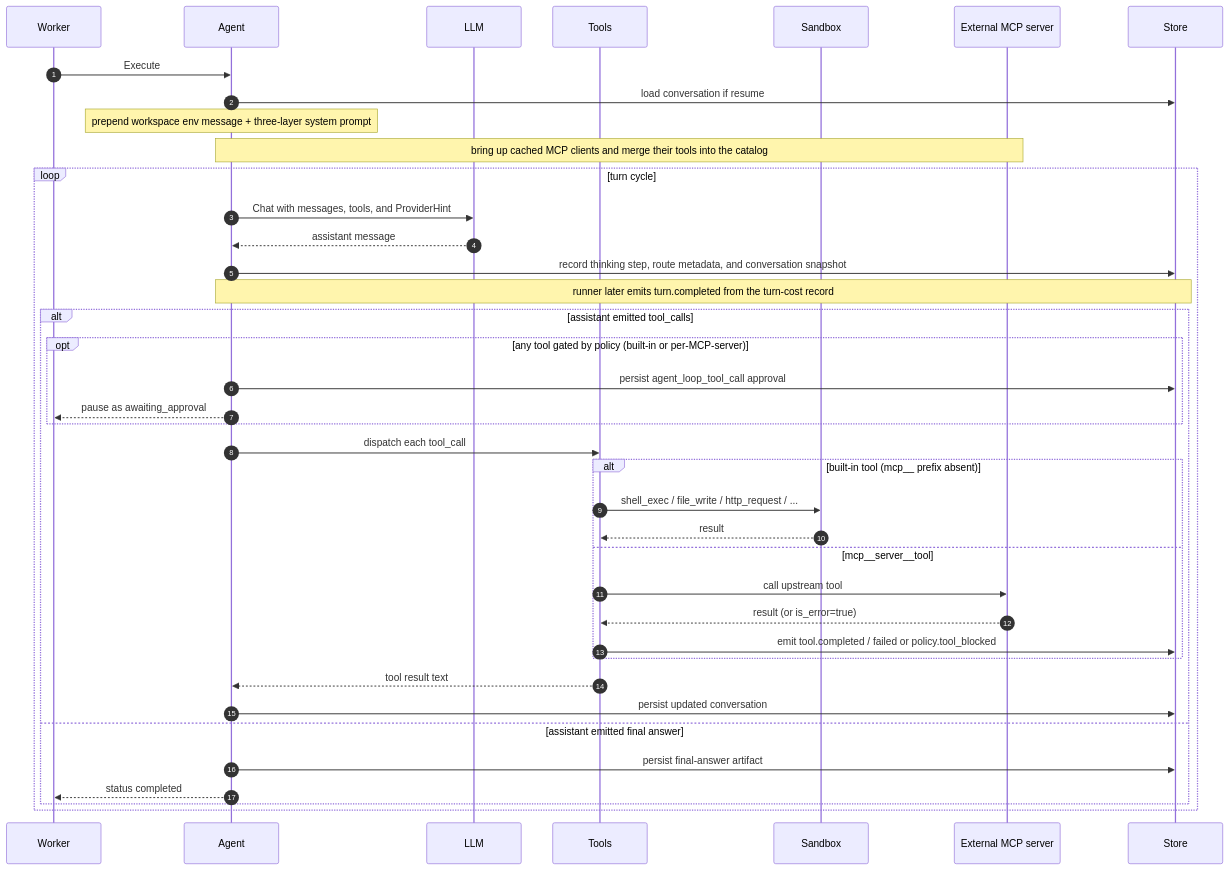
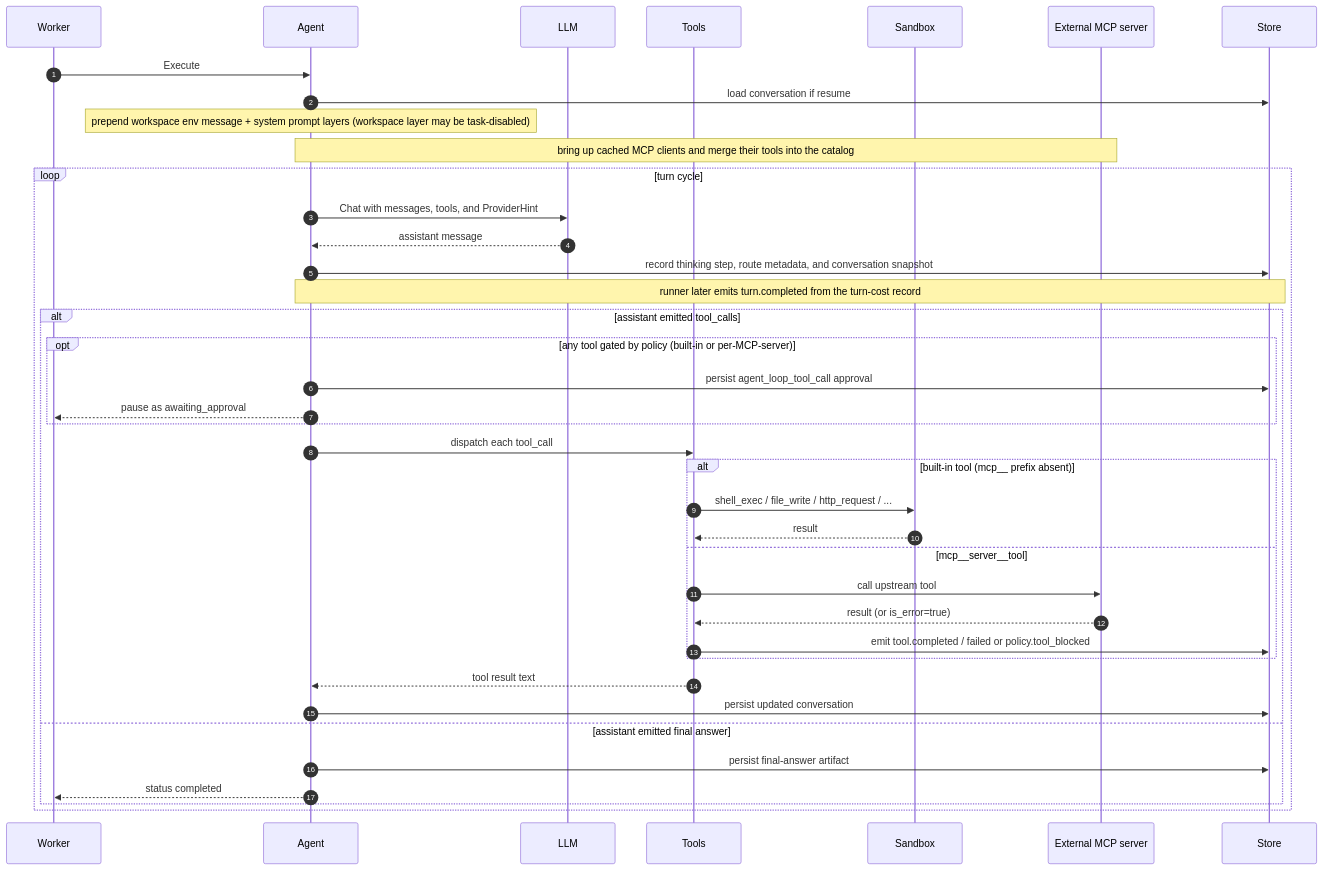
Before and after one commit to hecatehq/hecate: the third of 3 diagrams in docs/contributor/architecture.md, drawn with Mermaid. The commit also changed 15 other files, not shown here.

````diff
--- a/docs/contributor/architecture.md
+++ b/docs/contributor/architecture.md
@@ -139,41 +139,41 @@
 ```mermaid
 sequenceDiagram
     autonumber
     participant Worker
     participant Agent
     participant LLM
     participant Tools
     participant Sandbox
     participant MCP as External MCP server
     participant Store
     Worker->>Agent: Execute
     Agent->>Store: load conversation if resume
-    Note over Agent: prepend workspace env message + three-layer system prompt
+    Note over Agent: prepend workspace env message + system prompt layers (workspace layer may be task-disabled)
     Note over Agent,MCP: bring up cached MCP clients and merge their tools into the catalog
     loop turn cycle
         Agent->>LLM: Chat with messages, tools, and ProviderHint
         LLM-->>Agent: assistant message
         Agent->>Store: record thinking step, route metadata, and conversation snapshot
         Note over Agent,Store: runner later emits turn.completed from the turn-cost record
         alt assistant emitted tool_calls
             opt any tool gated by policy (built-in or per-MCP-server)
                 Agent->>Store: persist agent_loop_tool_call approval
                 Agent-->>Worker: pause as awaiting_approval
             end
             Agent->>Tools: dispatch each tool_call
             alt built-in tool (mcp__ prefix absent)
                 Tools->>Sandbox: shell_exec / file_write / http_request / ...
                 Sandbox-->>Tools: result
             else mcp__server__tool
                 Tools->>MCP: call upstream tool
                 MCP-->>Tools: result (or is_error=true)
                 Tools->>Store: emit tool.completed / failed or policy.tool_blocked
             end
             Tools-->>Agent: tool result text
             Agent->>Store: persist updated conversation
         else assistant emitted final answer
             Agent->>Store: persist final-answer artifact
             Agent-->>Worker: status completed
         end
     end
 ```
````
